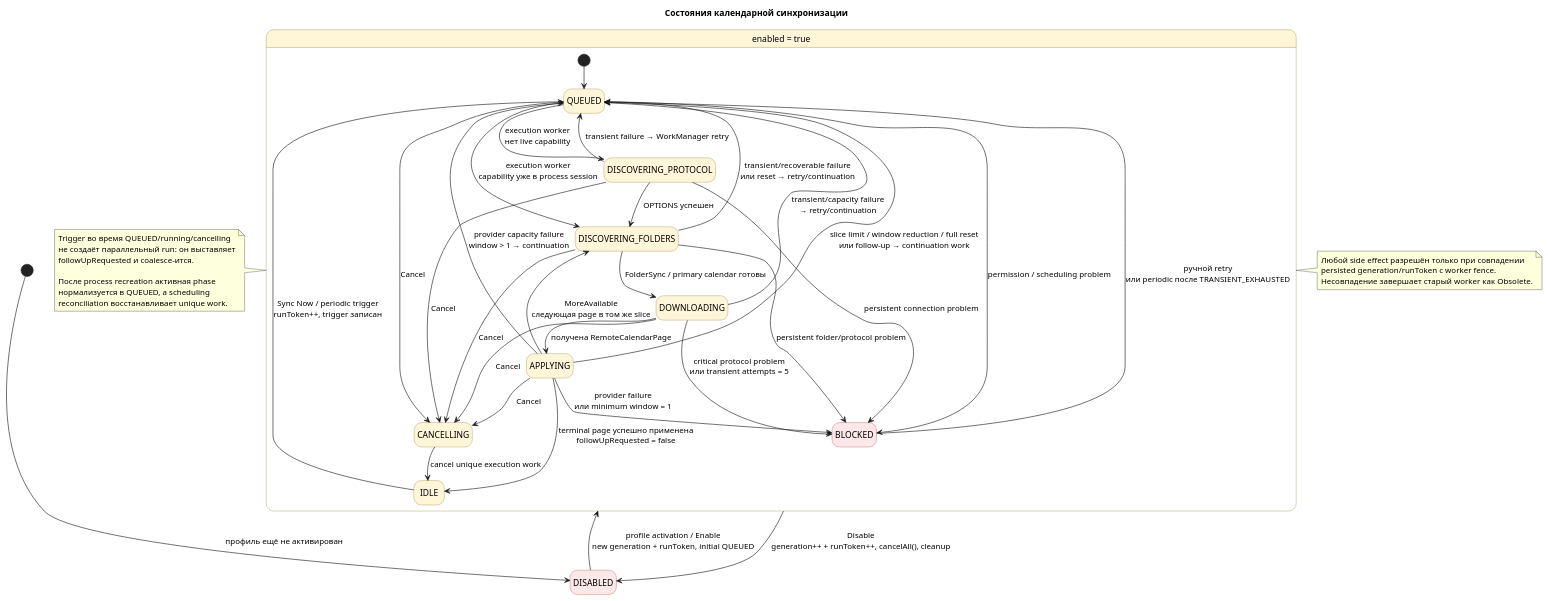
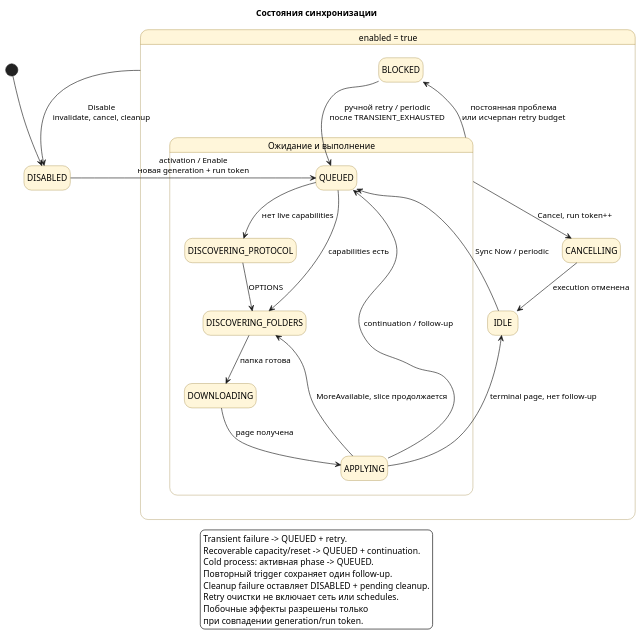
The diagram in docs/diagrams/sync-state-machine.puml (mixalich7b/exchange-sync-android), drawn with PlantUML before and after one commit. The commit also changed 26 other files, not shown here.

```diff
--- a/docs/diagrams/sync-state-machine.puml
+++ b/docs/diagrams/sync-state-machine.puml
@@ -1,79 +1,50 @@
 @startuml
-title Состояния календарной синхронизации
-
+title Состояния синхронизации
 hide empty description
 skinparam shadowing false
+skinparam backgroundColor white
 skinparam state {
   BackgroundColor #FFF6DA
   BorderColor #8A6D1D
-  BackgroundColor<<terminal>> #FCE8E8
-  BorderColor<<terminal>> #A33A3A
 }
+state DISABLED
+state "enabled = true" as Enabled {
+  state IDLE
+  state BLOCKED
+  state CANCELLING
+  state "Ожидание и выполнение" as Active {
+    state QUEUED
+    state DISCOVERING_PROTOCOL
+    state DISCOVERING_FOLDERS
+    state DOWNLOADING
+    state APPLYING
+    QUEUED --> DISCOVERING_PROTOCOL : нет live capabilities
+    QUEUED --> DISCOVERING_FOLDERS : capabilities есть
+    DISCOVERING_PROTOCOL --> DISCOVERING_FOLDERS : OPTIONS
+    DISCOVERING_FOLDERS --> DOWNLOADING : папка готова
+    DOWNLOADING --> APPLYING : page получена
+    APPLYING --> DISCOVERING_FOLDERS : MoreAvailable, slice продолжается
+    APPLYING --> QUEUED : continuation / follow-up
+  }
+  IDLE --> QUEUED : Sync Now / periodic
+  BLOCKED --> QUEUED : ручной retry / periodic\nпосле TRANSIENT_EXHAUSTED
+  APPLYING --> IDLE : terminal page, нет follow-up
+  Active --> CANCELLING : Cancel, run token++
+  CANCELLING --> IDLE : execution отменена
+  Active --> BLOCKED : постоянная проблема\nили исчерпан retry budget
+}
+[*] --> DISABLED
+DISABLED --> QUEUED : activation / Enable\nновая generation + run token
+Enabled --> DISABLED : Disable\ninvalidate, cancel, cleanup
 
-state DISABLED <<terminal>>
-
-state "enabled = true" as Enabled {
-  [*] --> QUEUED
-
-  state IDLE
-  state QUEUED
-  state DISCOVERING_PROTOCOL
-  state DISCOVERING_FOLDERS
-  state DOWNLOADING
-  state APPLYING
-  state CANCELLING
-  state BLOCKED <<terminal>>
-
-  IDLE --> QUEUED : Sync Now / periodic trigger\nrunToken++, trigger записан
-  BLOCKED --> QUEUED : ручной retry\nили periodic после TRANSIENT_EXHAUSTED
-
-  QUEUED --> DISCOVERING_PROTOCOL : execution worker\nнет live capability
-  QUEUED --> DISCOVERING_FOLDERS : execution worker\ncapability уже в process session
-  DISCOVERING_PROTOCOL --> DISCOVERING_FOLDERS : OPTIONS успешен
-  DISCOVERING_FOLDERS --> DOWNLOADING : FolderSync / primary calendar готовы
-  DOWNLOADING --> APPLYING : получена RemoteCalendarPage
-
-  APPLYING --> DISCOVERING_FOLDERS : MoreAvailable\nследующая page в том же slice
-  APPLYING --> QUEUED : slice limit / window reduction / full reset\nили follow-up → continuation work
-  APPLYING --> IDLE : terminal page успешно применена\nfollowUpRequested = false
-
-  DISCOVERING_PROTOCOL --> QUEUED : transient failure → WorkManager retry
-  DISCOVERING_FOLDERS --> QUEUED : transient/recoverable failure\nили reset → retry/continuation
-  DOWNLOADING --> QUEUED : transient/capacity failure\n→ retry/continuation
-  APPLYING --> QUEUED : provider capacity failure\nwindow > 1 → continuation
-
-  QUEUED --> BLOCKED : permission / scheduling problem
-  DISCOVERING_PROTOCOL --> BLOCKED : persistent connection problem
-  DISCOVERING_FOLDERS --> BLOCKED : persistent folder/protocol problem
-  DOWNLOADING --> BLOCKED : critical protocol problem\nили transient attempts = 5
-  APPLYING --> BLOCKED : provider failure\nили minimum window = 1
-
-  QUEUED --> CANCELLING : Cancel
-  DISCOVERING_PROTOCOL --> CANCELLING : Cancel
-  DISCOVERING_FOLDERS --> CANCELLING : Cancel
-  DOWNLOADING --> CANCELLING : Cancel
-  APPLYING --> CANCELLING : Cancel
-  CANCELLING --> IDLE : cancel unique execution work
-}
-
-[*] --> DISABLED : профиль ещё не активирован
-DISABLED --> Enabled : profile activation / Enable\nnew generation + runToken, initial QUEUED
-Enabled --> DISABLED : Disable\ngeneration++ + runToken++, cancelAll(), cleanup
-
-note right of Enabled
-  Любой side effect разрешён только при совпадении
-  persisted generation/runToken с worker fence.
-  Несовпадение завершает старый worker как Obsolete.
-end note
-
-note left of Enabled
-  Trigger во время QUEUED/running/cancelling
-  не создаёт параллельный run: он выставляет
-  followUpRequested и coalesce-ится.
-
-  После process recreation активная phase
-  нормализуется в QUEUED, а scheduling
-  reconciliation восстанавливает unique work.
-end note
-
+legend bottom
+Transient failure -> QUEUED + retry.
+Recoverable capacity/reset -> QUEUED + continuation.
+Cold process: активная phase -> QUEUED.
+Повторный trigger сохраняет один follow-up.
+Cleanup failure оставляет DISABLED + pending cleanup.
+Retry очистки не включает сеть или schedules.
+Побочные эффекты разрешены только
+при совпадении generation/run token.
+endlegend
 @enduml
```
